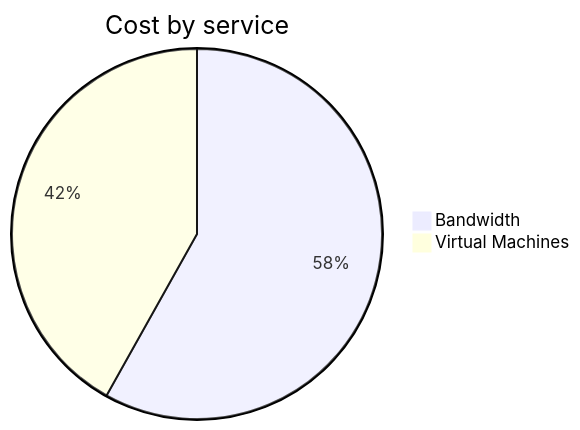
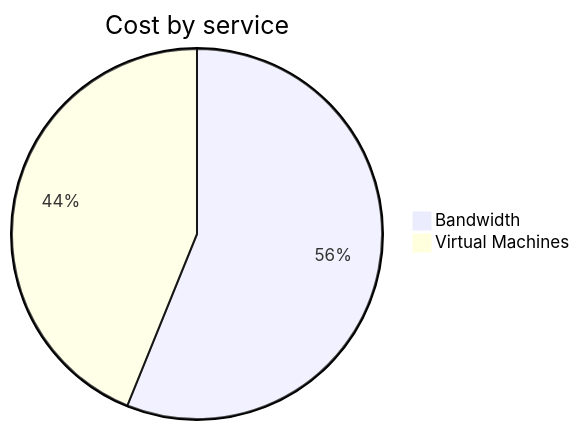
The second of 4 diagrams in cost-reports/personal-network/vpn-server.md (jpfulton/azure-personal-reports), drawn with Mermaid before and after one commit. The commit also changed other lines of this file and 8 other files, not shown here.

````diff
--- a/cost-reports/personal-network/vpn-server.md
+++ b/cost-reports/personal-network/vpn-server.md
@@ -96,6 +96,6 @@
 ```mermaid
 pie
    title Cost by service
    "Bandwidth" : 2.79
-   "Virtual Machines" : 2.01
+   "Virtual Machines" : 2.18
 ```
````
